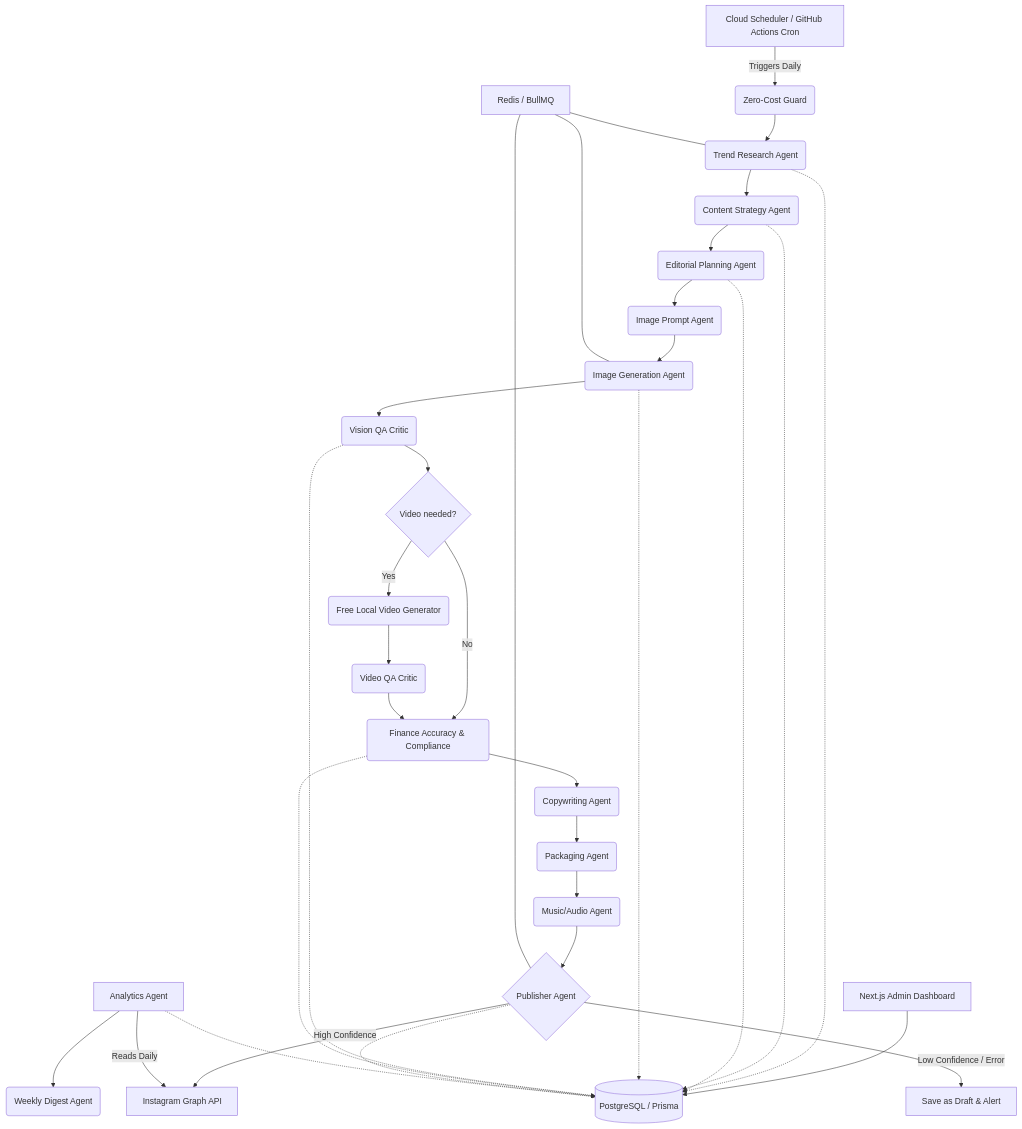
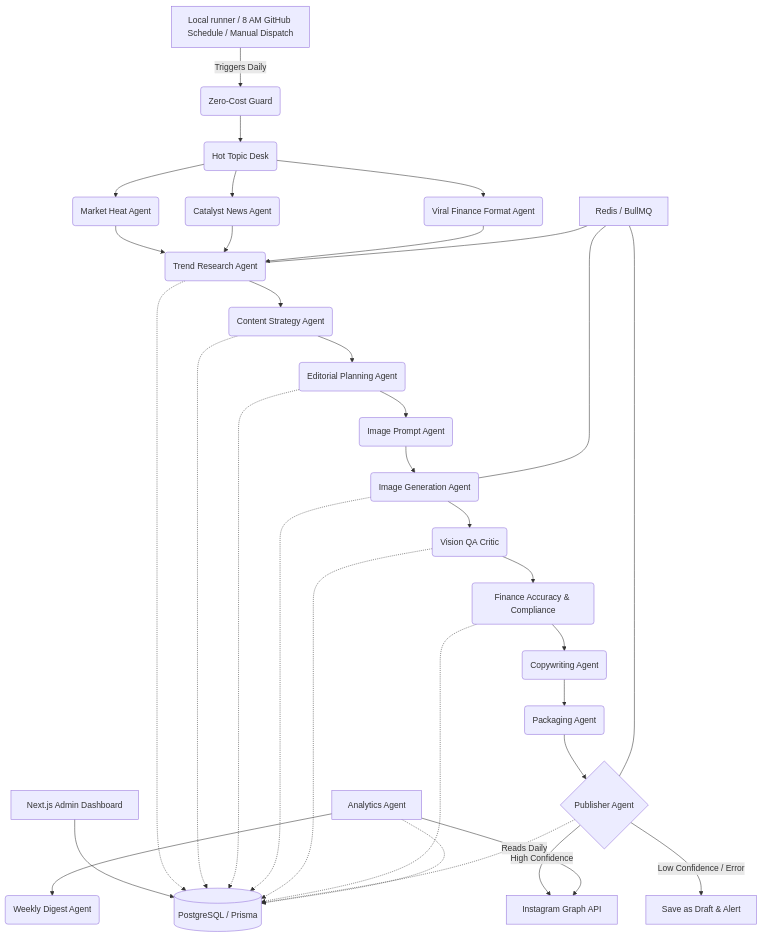
Before and after one commit to MyankInsan/thestatsandstacks: the diagram in architecture.md, drawn with Mermaid. The commit also changed other lines of this file and 26 other files, not shown here.

Commit message:
Restore daily picture automation with hot topic desk

````diff
--- a/architecture.md
+++ b/architecture.md
@@ -4,39 +4,40 @@
 ```mermaid
 graph TD
-    A[Cloud Scheduler / GitHub Actions Cron] -->|Triggers Daily| Z(Zero-Cost Guard)
-    Z --> B(Trend Research Agent)
+    A[Local runner / 8 AM GitHub Schedule / Manual Dispatch] -->|Triggers Daily| Z(Zero-Cost Guard)
+    Z --> H0(Hot Topic Desk)
+    H0 --> H1(Market Heat Agent)
+    H0 --> H2(Catalyst News Agent)
+    H0 --> H3(Viral Finance Format Agent)
+    H1 --> B(Trend Research Agent)
+    H2 --> B
+    H3 --> B
     B --> C(Content Strategy Agent)
     C --> D(Editorial Planning Agent)
     D --> E(Image Prompt Agent)
     E --> F(Image Generation Agent)
     F --> G(Vision QA Critic)
-    G --> V{Video needed?}
-    V -->|Yes| W(Free Local Video Generator)
-    W --> X(Video QA Critic)
-    V -->|No| H(Finance Accuracy & Compliance)
-    X --> H
+    G --> H(Finance Accuracy & Compliance)
     H --> I(Copywriting Agent)
     I --> J(Packaging Agent)
-    J --> K(Music/Audio Agent)
-    K --> L{Publisher Agent}
+    J --> L{Publisher Agent}
     
     L -->|High Confidence| M[Instagram Graph API]
     L -->|Low Confidence / Error| N[Save as Draft & Alert]
     
     O[Analytics Agent] -->|Reads Daily| M
     O --> P(Weekly Digest Agent)
     
     Q[Next.js Admin Dashboard] --> R[(PostgreSQL / Prisma)]
     B -.-> R
     C -.-> R
     D -.-> R
     F -.-> R
     G -.-> R
     H -.-> R
     L -.-> R
     O -.-> R
 
     S[Redis / BullMQ] --- B
     S --- F
     S --- L
 ```
````
